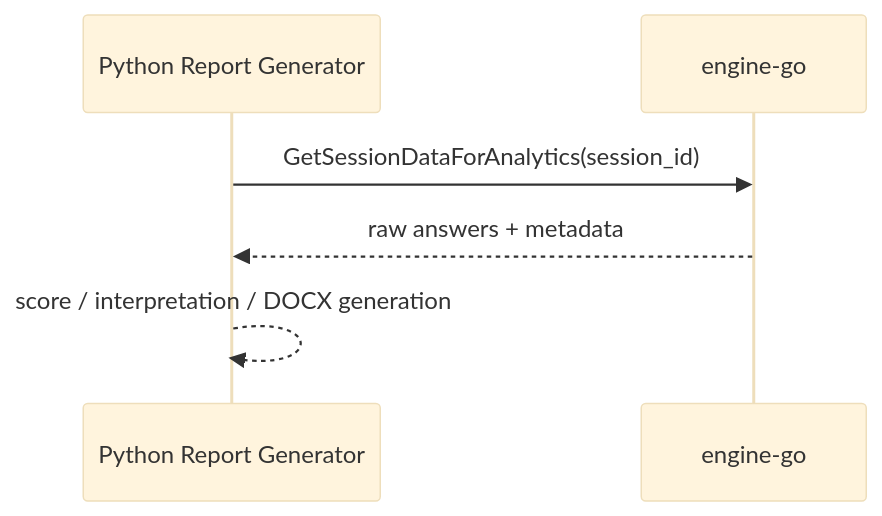
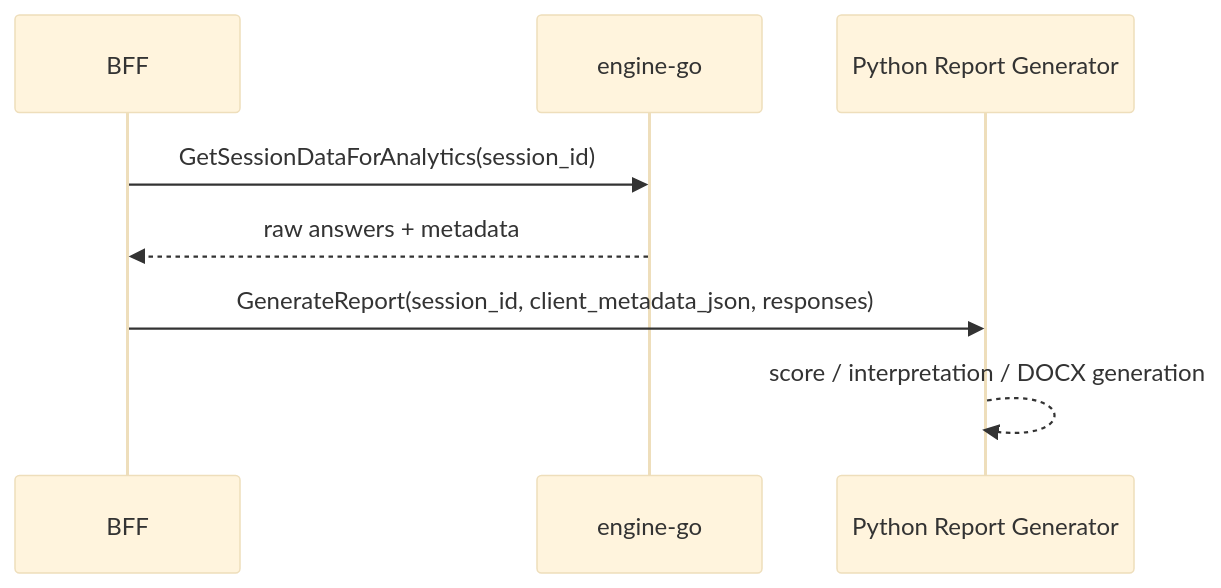
Before and after one commit to globalarray/hack-rnd-spring-2026: the third of 3 diagrams in docs/engine-service-integration.md, drawn with Mermaid (base theme). The commit also changed other lines of this file and 41 other files, not shown here.

````diff
--- a/docs/engine-service-integration.md
+++ b/docs/engine-service-integration.md
@@ -218,9 +222,11 @@
 ```mermaid
 sequenceDiagram
+    participant BFF as BFF
+    participant ENG as engine-go
     participant Report as Python Report Generator
-    participant ENG as engine-go
 
-    Report->>ENG: GetSessionDataForAnalytics(session_id)
-    ENG-->>Report: raw answers + metadata
+    BFF->>ENG: GetSessionDataForAnalytics(session_id)
+    ENG-->>BFF: raw answers + metadata
+    BFF->>Report: GenerateReport(session_id, client_metadata_json, responses)
     Report-->>Report: score / interpretation / DOCX generation
 ```
````
